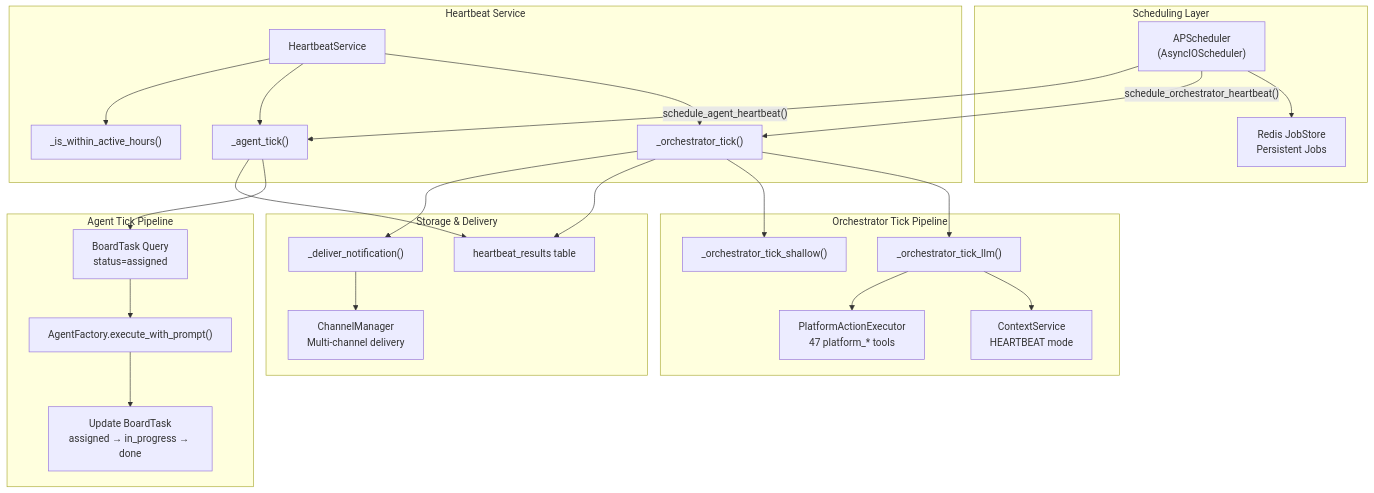
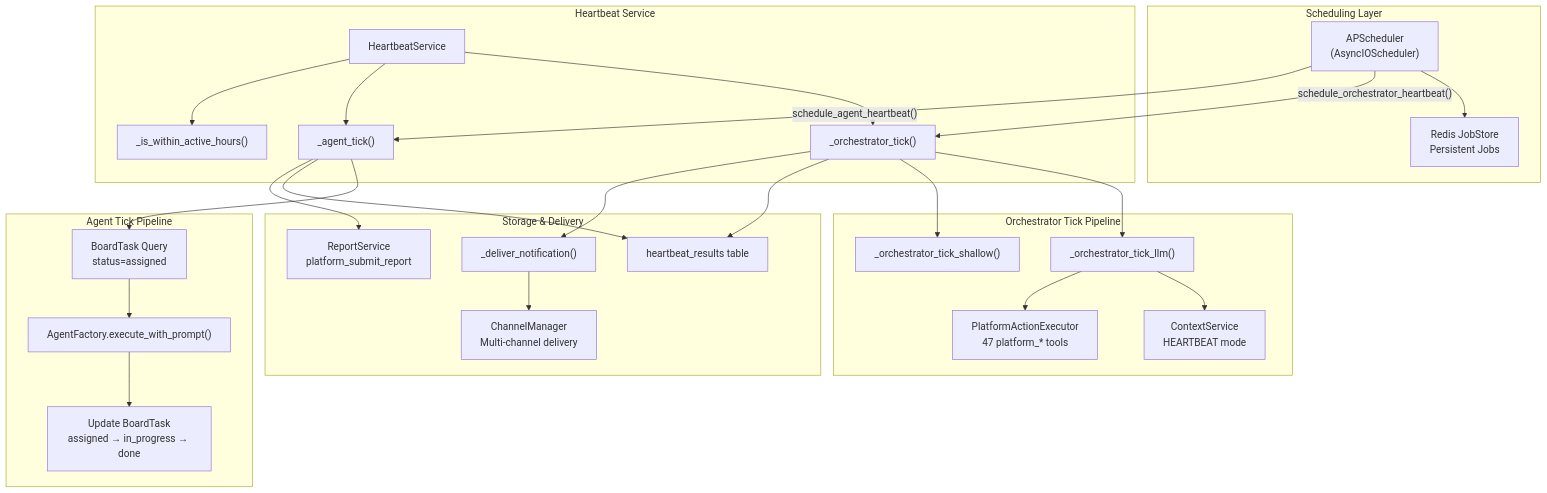
Before and after one commit to AutomatosAI/automatos-ai: the first of 4 diagrams in docs/heartbeat-proactive-assistant/_index.md, drawn with Mermaid. The commit also changed other lines of this file and 153 other files, not shown here.

````diff
--- a/docs/heartbeat-proactive-assistant/_index.md
+++ b/docs/heartbeat-proactive-assistant/_index.md
@@ -65,55 +37,57 @@
 ```mermaid
 graph TB
     subgraph "Scheduling Layer"
         Scheduler["APScheduler<br/>(AsyncIOScheduler)"]
         JobStore["Redis JobStore<br/>Persistent Jobs"]
         Scheduler --> JobStore
     end
     
     subgraph "Heartbeat Service"
         HB["HeartbeatService"]
         OrchestratorTick["_orchestrator_tick()"]
         AgentTick["_agent_tick()"]
         ActiveHoursGuard["_is_within_active_hours()"]
         
         HB --> OrchestratorTick
         HB --> AgentTick
         HB --> ActiveHoursGuard
     end
     
     subgraph "Orchestrator Tick Pipeline"
         LLMMode["_orchestrator_tick_llm()"]
         ShallowMode["_orchestrator_tick_shallow()"]
         ContextSvc["ContextService<br/>HEARTBEAT mode"]
         PlatformActions["PlatformActionExecutor<br/>47 platform_* tools"]
         
         OrchestratorTick --> LLMMode
         OrchestratorTick --> ShallowMode
         LLMMode --> ContextSvc
         LLMMode --> PlatformActions
     end
     
     subgraph "Agent Tick Pipeline"
         BoardScan["BoardTask Query<br/>status=assigned"]
         AgentFactory["AgentFactory.execute_with_prompt()"]
         StatusUpdate["Update BoardTask<br/>assigned → in_progress → done"]
         
         AgentTick --> BoardScan
         BoardScan --> AgentFactory
         AgentFactory --> StatusUpdate
     end
     
     subgraph "Storage & Delivery"
         HeartbeatResults["heartbeat_results table"]
         NotificationDelivery["_deliver_notification()"]
         ChannelManager["ChannelManager<br/>Multi-channel delivery"]
+        ReportSvc["ReportService<br/>platform_submit_report"]
         
         OrchestratorTick --> HeartbeatResults
         AgentTick --> HeartbeatResults
         OrchestratorTick --> NotificationDelivery
         NotificationDelivery --> ChannelManager
+        AgentTick --> ReportSvc
     end
     
     Scheduler -->|"schedule_orchestrator_heartbeat()"| OrchestratorTick
     Scheduler -->|"schedule_agent_heartbeat()"| AgentTick
 ```
````
